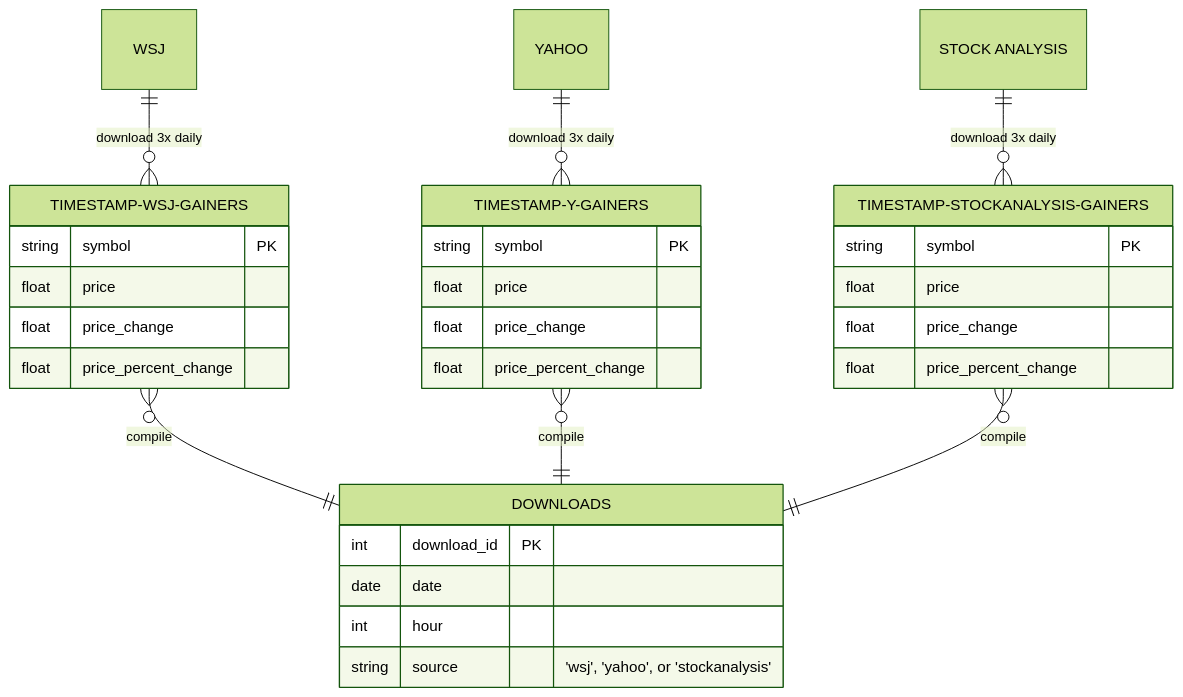
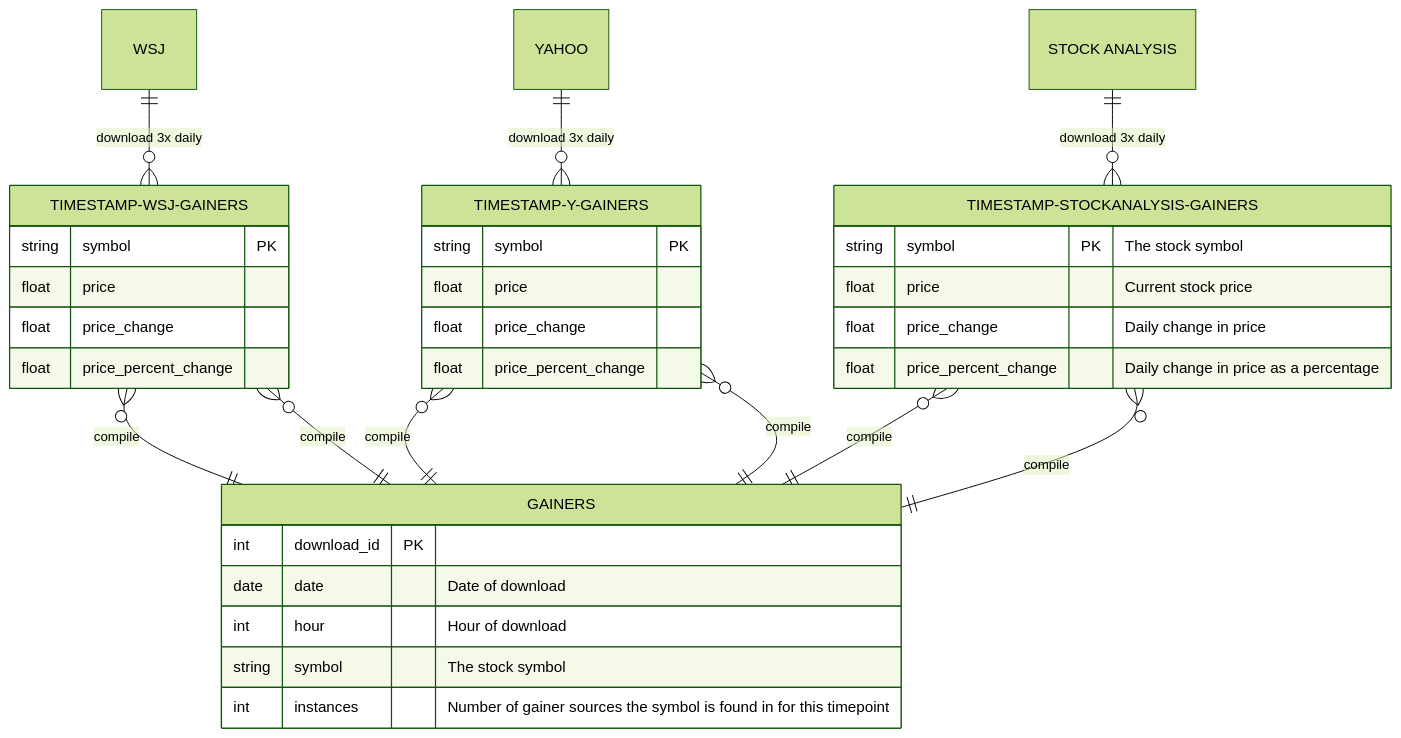
The diagram in ERD/ERD.md (KazBarker/SP25_DS5111_nrg6cb), drawn with Mermaid (forest theme) before and after one commit.

Commit message:
Adding comments

````diff
--- a/ERD/ERD.md
+++ b/ERD/ERD.md
@@ -2,36 +2,41 @@
 ```mermaid
 erDiagram
     WSJ only one to zero or more TIMESTAMP-WSJ-GAINERS : "download 3x daily"
     YAHOO only one to zero or more TIMESTAMP-Y-GAINERS : "download 3x daily"
     "STOCK ANALYSIS" only one to zero or more TIMESTAMP-STOCKANALYSIS-GAINERS : "download 3x daily"
     
     TIMESTAMP-WSJ-GAINERS {
         string symbol PK
         float price
         float price_change
         float price_percent_change
     }
     TIMESTAMP-Y-GAINERS {
         string symbol PK
         float price
         float price_change
         float price_percent_change
     }
     TIMESTAMP-STOCKANALYSIS-GAINERS {
-        string symbol PK
-        float price
-        float price_change
-        float price_percent_change
+        string symbol PK "The stock symbol"
+        float price "Current stock price"
+        float price_change "Daily change in price"
+        float price_percent_change "Daily change in price as a percentage"
     }
  
-    TIMESTAMP-WSJ-GAINERS many to only one DOWNLOADS : "compile"
-    TIMESTAMP-Y-GAINERS many to only one DOWNLOADS : "compile"
-    TIMESTAMP-STOCKANALYSIS-GAINERS many to only one DOWNLOADS : "compile"
+    TIMESTAMP-WSJ-GAINERS many to only one GAINERS : "compile"
+    TIMESTAMP-Y-GAINERS many to only one GAINERS : "compile"
+    TIMESTAMP-STOCKANALYSIS-GAINERS many to only one GAINERS : "compile"
 
-    DOWNLOADS {
+    GAINERS {
         int download_id PK
-        date date
-        int hour
-        string source "'wsj', 'yahoo', or 'stockanalysis'"
+        date date "Date of download"
+        int hour "Hour of download"
+        string symbol "The stock symbol"
+        int instances "Number of gainer sources the symbol is found in for this timepoint"
     }
+    
+    TIMESTAMP-WSJ-GAINERS many to only one GAINERS : "compile"
+    TIMESTAMP-Y-GAINERS many to only one GAINERS : "compile"
+    TIMESTAMP-STOCKANALYSIS-GAINERS many to only one GAINERS : "compile"
 ```
````
